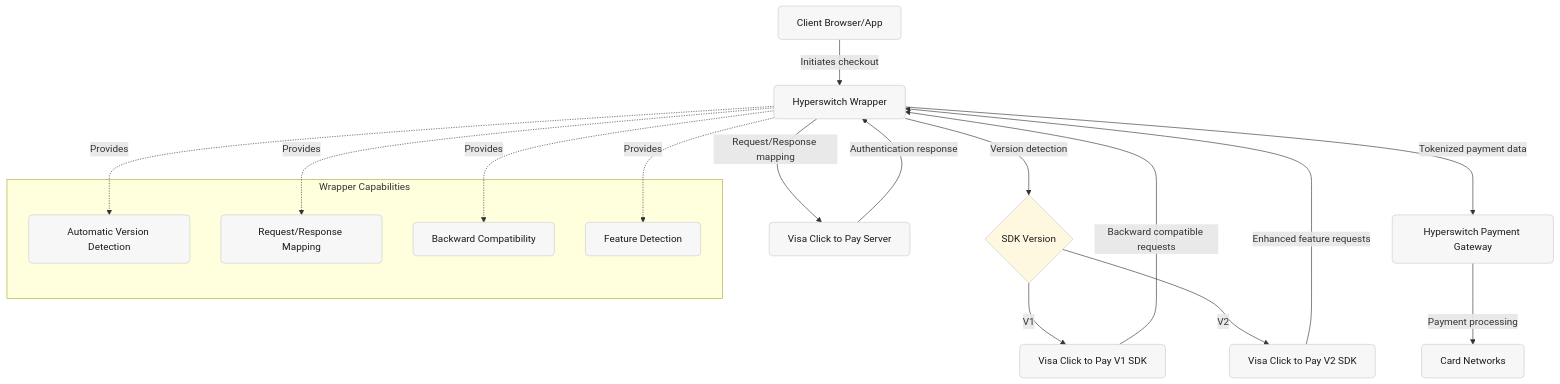
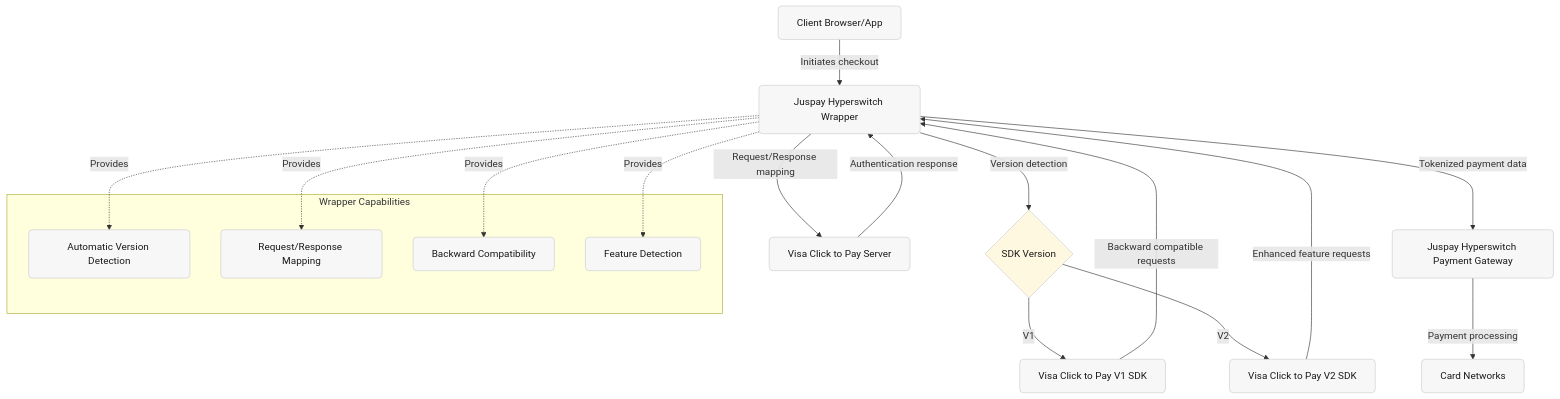
One commit to juspay/hyperswitch-docs changed the diagram in explore-hyperswitch/payment-orchestration/click-to-pay/visa-click-to-pay-v1-to-v2-migration.md. Above: the diagram before and after it, drawn with Mermaid. The commit also changed other lines of this file and 212 other files, not shown here.

Commit message:
docs: apply Juspay Hyperswitch brand name rules across explore-hyperswitch docs

````diff
--- a/explore-hyperswitch/payment-orchestration/click-to-pay/visa-click-to-pay-v1-to-v2-migration.md
+++ b/explore-hyperswitch/payment-orchestration/click-to-pay/visa-click-to-pay-v1-to-v2-migration.md
@@ -29,49 +29,49 @@
 ```mermaid
 %%{
   init: {
     'theme': 'base',
     'themeVariables': {
       'fontFamily': "'Inter', sans-serif",
       'background': '#ffffff00',
       'primaryColor': '#F7F7F7',
       'primaryBorderColor': '#CCCCCC',
       'primaryTextColor': '#1A1A1A',
       'lineColor': '#999999',
       'edgeLabelBackground': '#ffffff00'
     }
   }
 }%%
 
 flowchart TD
-    A[Client Browser/App] -- Initiates checkout --> B[Hyperswitch Wrapper]
+    A[Client Browser/App] -- Initiates checkout --> B[Juspay Hyperswitch Wrapper]
 
     B -- Version detection --> C{SDK Version}
     C -- V1 --> D[Visa Click to Pay V1 SDK]
     C -- V2 --> E[Visa Click to Pay V2 SDK]
 
     D -- Backward compatible requests --> B
     E -- Enhanced feature requests --> B
 
     B -- Request/Response mapping --> F[Visa Click to Pay Server]
     F -- Authentication response --> B
 
-    B -- Tokenized payment data --> G[Hyperswitch Payment Gateway]
+    B -- Tokenized payment data --> G[Juspay Hyperswitch Payment Gateway]
     G -- Payment processing --> H[Card Networks]
 
     subgraph WrapperFunctions["Wrapper Capabilities"]
         I[Automatic Version Detection]
         J[Request/Response Mapping]
         K[Backward Compatibility]
         L[Feature Detection]
     end
 
     B -.->|Provides| I
     B -.->|Provides| J
     B -.->|Provides| K
     B -.->|Provides| L
 
     classDef default  fill:#F7F7F7,stroke:#CCCCCC,color:#1A1A1A,rx:6
     classDef decision fill:#FFF8E1,stroke:#CCCCCC,color:#1A1A1A
 
     class C decision
 ```
````
